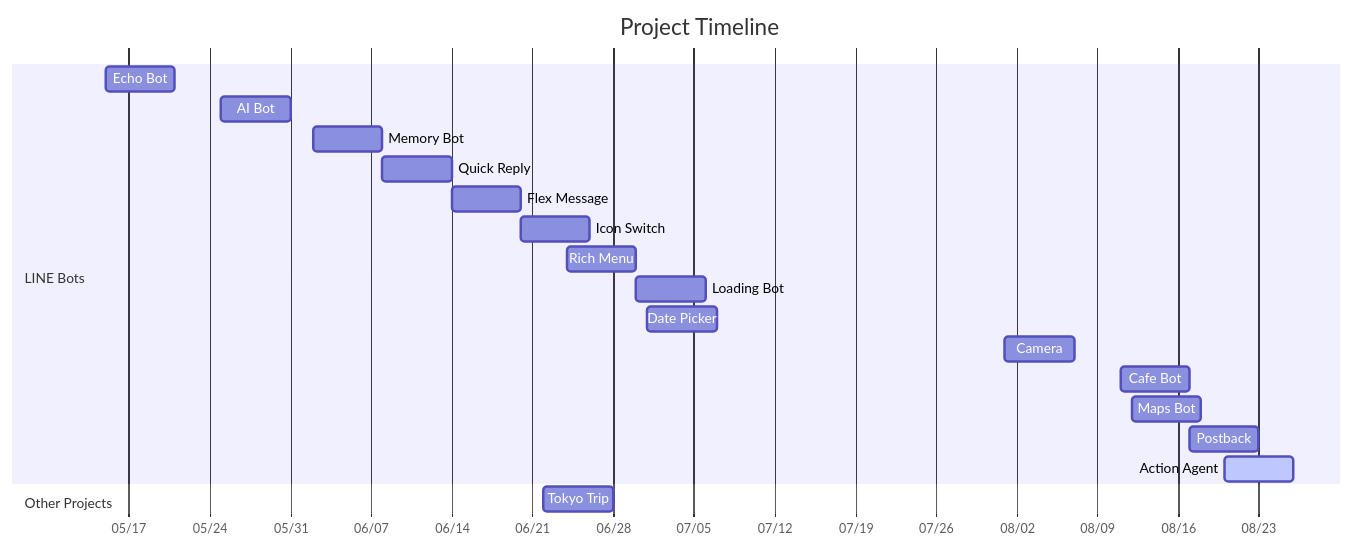
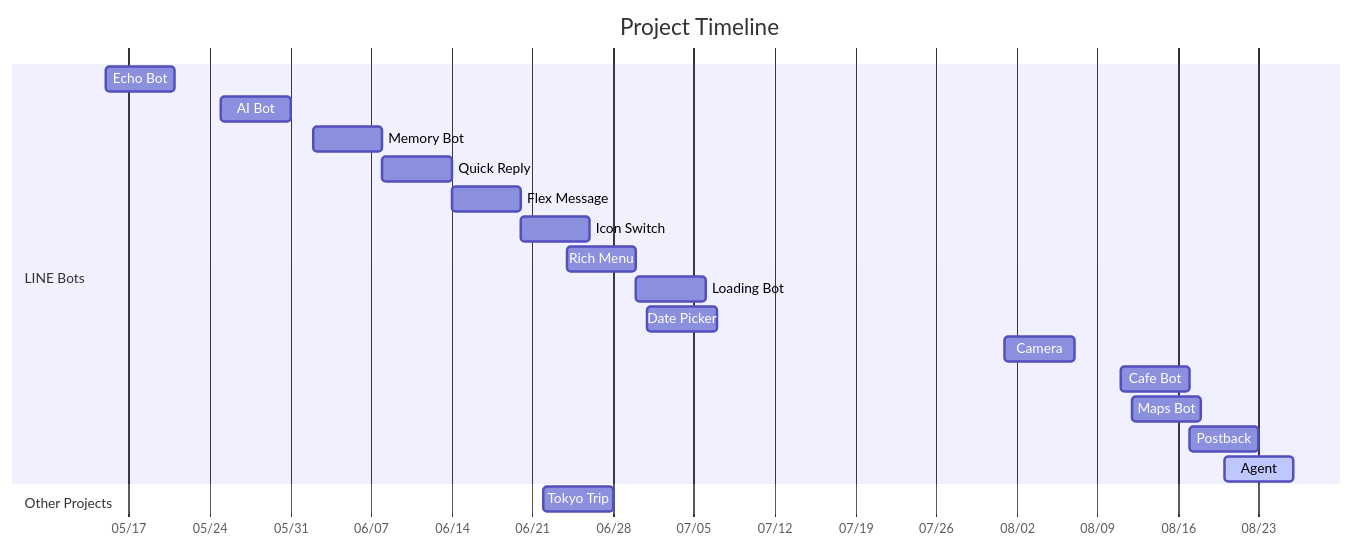
One commit to zonawang/zona-ai-learning-lab changed the diagram in README.md. Above: the diagram before and after it, drawn with Mermaid.

Commit message:
Shorten Action Agent timeline label

````diff
--- a/README.md
+++ b/README.md
@@ -11,25 +11,25 @@
 ```mermaid
 gantt
     title Project Timeline
     dateFormat YYYY-MM-DD
     axisFormat %m/%d
 
     section LINE Bots
     Echo Bot      :p1, 2026-05-15, 6d
     AI Bot        :p2, 2026-05-25, 6d
     Memory Bot    :p3, 2026-06-02, 6d
     Quick Reply   :p4, 2026-06-08, 6d
     Flex Message  :p5, 2026-06-14, 6d
     Icon Switch   :p6, 2026-06-20, 6d
     Rich Menu     :p8, 2026-06-24, 6d
     Loading Bot   :p9, 2026-06-30, 6d
     Date Picker   :p10, 2026-07-01, 6d
     Camera        :p11, 2026-08-01, 6d
     Cafe Bot      :p12, 2026-08-11, 6d
     Maps Bot      :p13, 2026-08-12, 6d
     Postback      :p14, 2026-08-17, 6d
-    Action Agent  :active, p15, 2026-08-20, 6d
+    Agent         :active, p15, 2026-08-20, 6d
 
     section Other Projects
     Tokyo Trip    :p7, 2026-06-22, 6d
 ```
````
